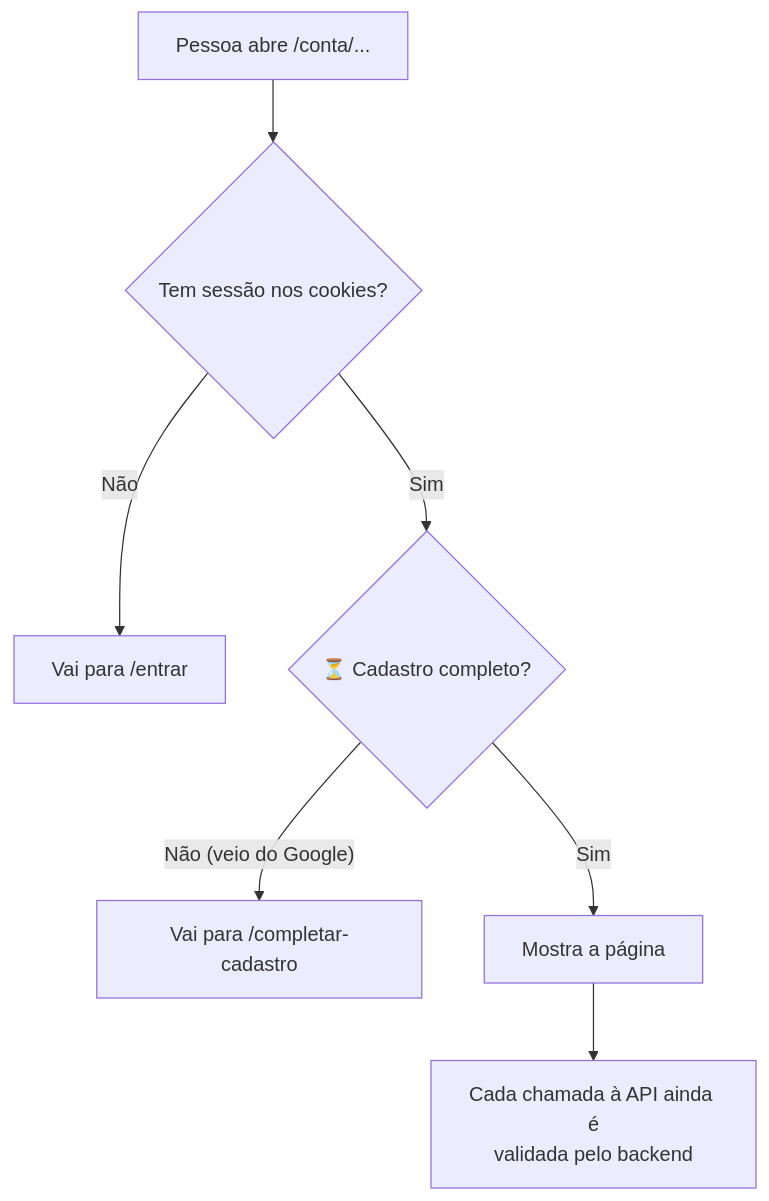
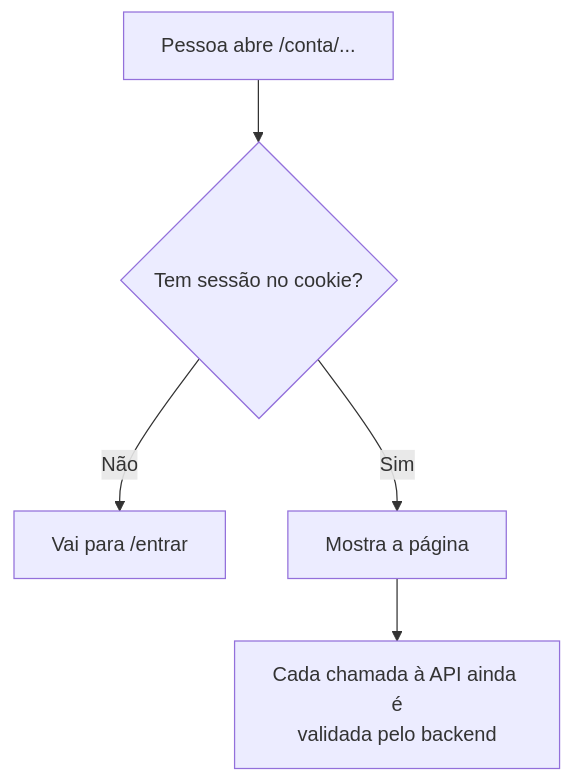
Before and after one commit to vinicius-fernandes-checkauto/checkauto-site: the fifth of 10 diagrams in docs/fluxo-auth.md, drawn with Mermaid. The commit also changed other lines of this file and 23 other files, not shown here.

````diff
--- a/docs/fluxo-auth.md
+++ b/docs/fluxo-auth.md
@@ -149,9 +149,7 @@
 ```mermaid
 flowchart TD
-    A["Pessoa abre /conta/..."] --> B{"Tem sessão nos cookies?"}
+    A["Pessoa abre /conta/..."] --> B{"Tem sessão no cookie?"}
     B -->|Não| C["Vai para /entrar"]
-    B -->|Sim| D{"⏳ Cadastro completo?"}
-    D -->|"Não (veio do Google)"| E["Vai para /completar-cadastro"]
-    D -->|Sim| F["Mostra a página"]
+    B -->|Sim| F["Mostra a página"]
     F --> G["Cada chamada à API ainda é<br/>validada pelo backend"]
 ```
````
